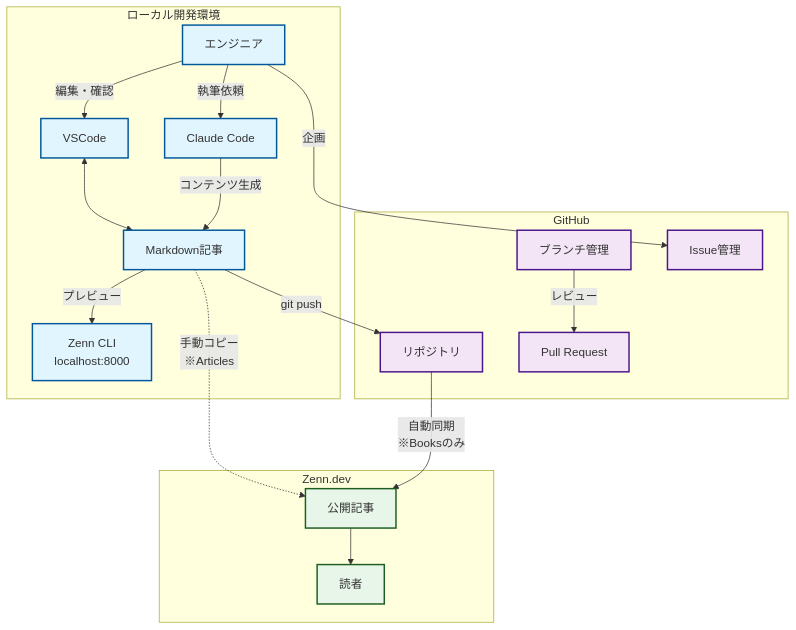
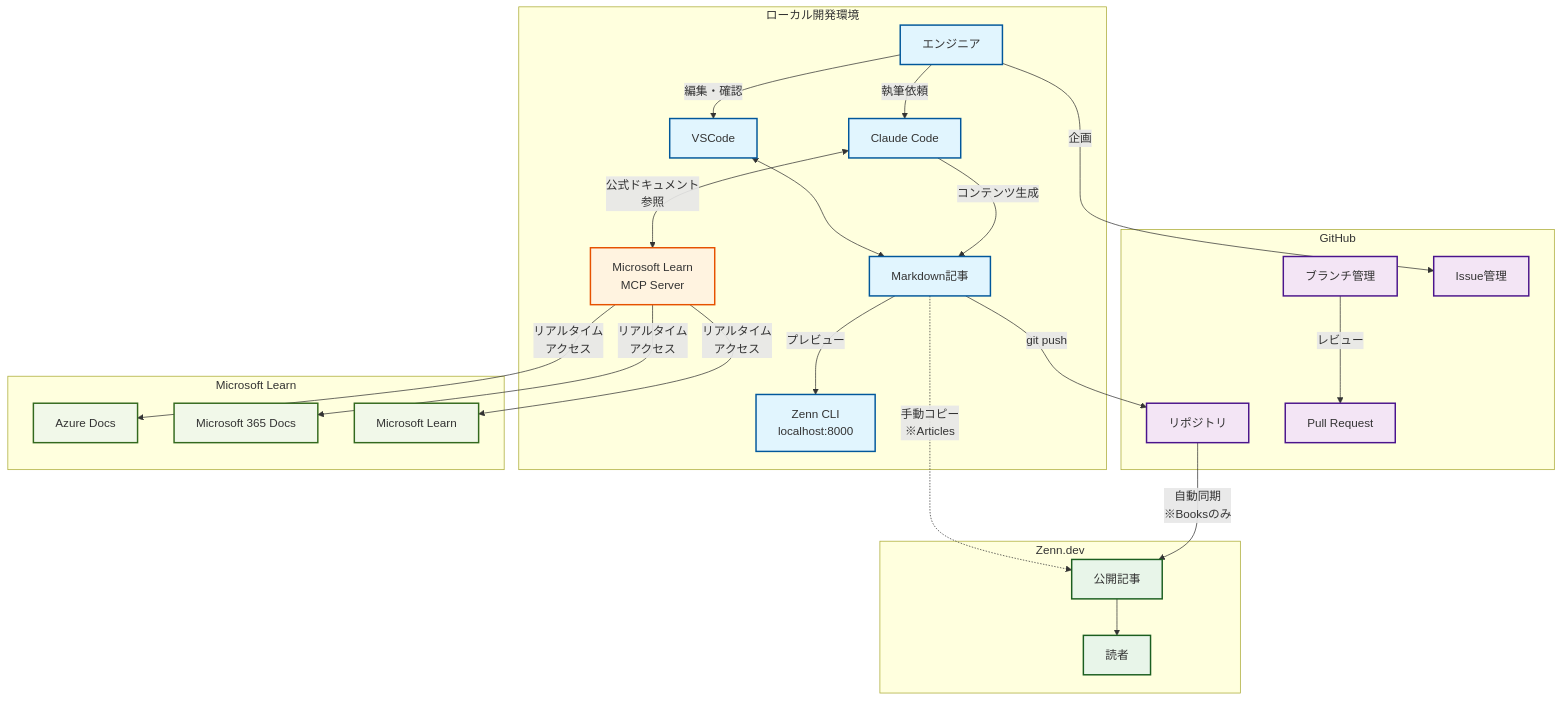
Before and after one commit to nahisaho/zenn-writing-collection: the diagram in books/0094d21340d214/chapter1-introduction.md, drawn with Mermaid. The commit also changed 2 other files, not shown here.

Commit message:
Publish book: AIペアプロで爆速執筆！Claude Code × GitHub × Zennの最強タッグ
- Set published: true in config.yaml
- Update INDEX.md status to 公開済み
- Add Microsoft Learn MCP Server to system architecture diagram

🤖 Generated with [Claude Code](https://claude.ai/code)

````diff
--- a/books/0094d21340d214/chapter1-introduction.md
+++ b/books/0094d21340d214/chapter1-introduction.md
@@ -82,38 +82,52 @@
 ```mermaid
 graph TB
     subgraph local["ローカル開発環境"]
         A[エンジニア] -->|執筆依頼| B[Claude Code]
         B -->|コンテンツ生成| C[Markdown記事]
         A -->|編集・確認| D[VSCode]
         D <--> C
         C -->|プレビュー| E[Zenn CLI<br/>localhost:8000]
+        B <-->|公式ドキュメント<br/>参照| L[Microsoft Learn<br/>MCP Server]
     end
     
     subgraph github["GitHub"]
         F[リポジトリ]
         G[ブランチ管理]
         H[Issue管理]
         I[Pull Request]
     end
     
     subgraph zenn["Zenn.dev"]
         J[公開記事]
         K[読者]
     end
     
+    subgraph microsoft["Microsoft Learn"]
+        M[Azure Docs]
+        N[Microsoft 365 Docs]
+        O[Microsoft Learn]
+    end
+    
     C -->|git push| F
     F -->|自動同期<br/>※Booksのみ| J
     C -.->|手動コピー<br/>※Articles| J
     J --> K
     
     A -->|企画| H
     G -->|レビュー| I
+    L -->|リアルタイム<br/>アクセス| M
+    L -->|リアルタイム<br/>アクセス| N
+    L -->|リアルタイム<br/>アクセス| O
     
     classDef localStyle fill:#e1f5fe,stroke:#01579b,stroke-width:2px
     classDef githubStyle fill:#f3e5f5,stroke:#4a148c,stroke-width:2px
     classDef zennStyle fill:#e8f5e9,stroke:#1b5e20,stroke-width:2px
+    classDef mcpStyle fill:#fff3e0,stroke:#e65100,stroke-width:2px
+    classDef microsoftStyle fill:#f1f8e9,stroke:#33691e,stroke-width:2px
     
     class A,B,C,D,E localStyle
     class F,G,H,I githubStyle
     class J,K zennStyle
+    class L mcpStyle
+    class M,N,O microsoftStyle
 ```
````
